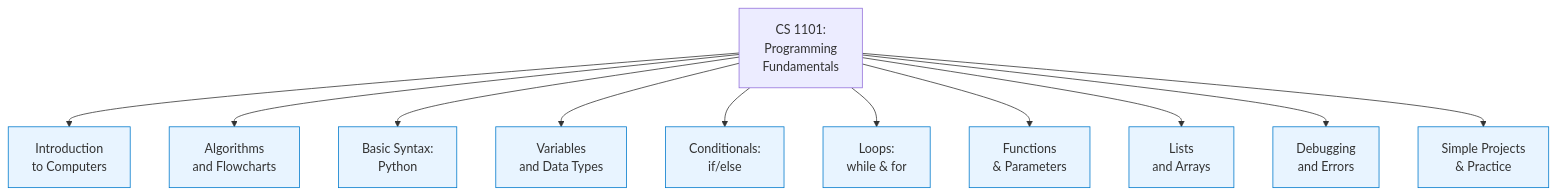
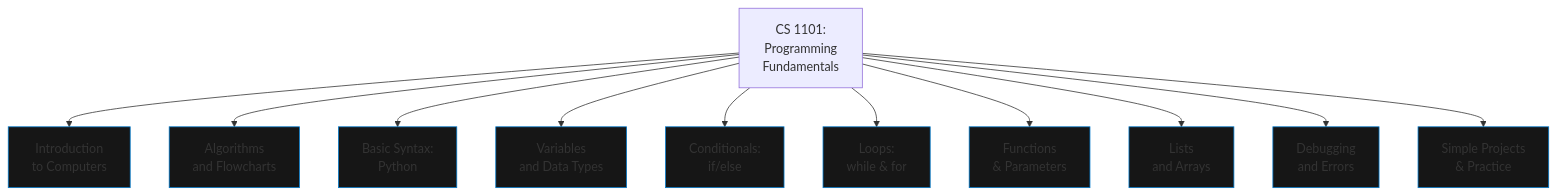
One commit to UoPeople-Computing-Network/awesome-uopeople-cs changed the diagram in cs_1101_programming_fundamentals.md. Above: the diagram before and after it, drawn with Mermaid.

````diff
--- a/cs_1101_programming_fundamentals.md
+++ b/cs_1101_programming_fundamentals.md
@@ -1,19 +1,19 @@
 ```mermaid
 graph TD
     A[CS 1101:<br/>Programming<br/>Fundamentals]
 
     A --> B[Introduction<br/>to Computers]
     A --> C[Algorithms<br/>and Flowcharts]
     A --> D[Basic Syntax:<br/>Python]
     A --> E[Variables<br/>and Data Types]
     A --> F[Conditionals:<br/>if/else]
     A --> G[Loops:<br/>while & for]
     A --> H[Functions<br/>& Parameters]
     A --> I[Lists<br/>and Arrays]
     A --> J[Debugging<br/>and Errors]
     A --> K[Simple Projects<br/>& Practice]
 
     %% Styling (optional)
-    classDef topic fill:#e8f4ff,stroke:#007acc,stroke-width:1px;
+    classDef topic fill:#161616,stroke:#007acc,stroke-width:1px;
     class B,C,D,E,F,G,H,I,J,K topic;
 ```
````
